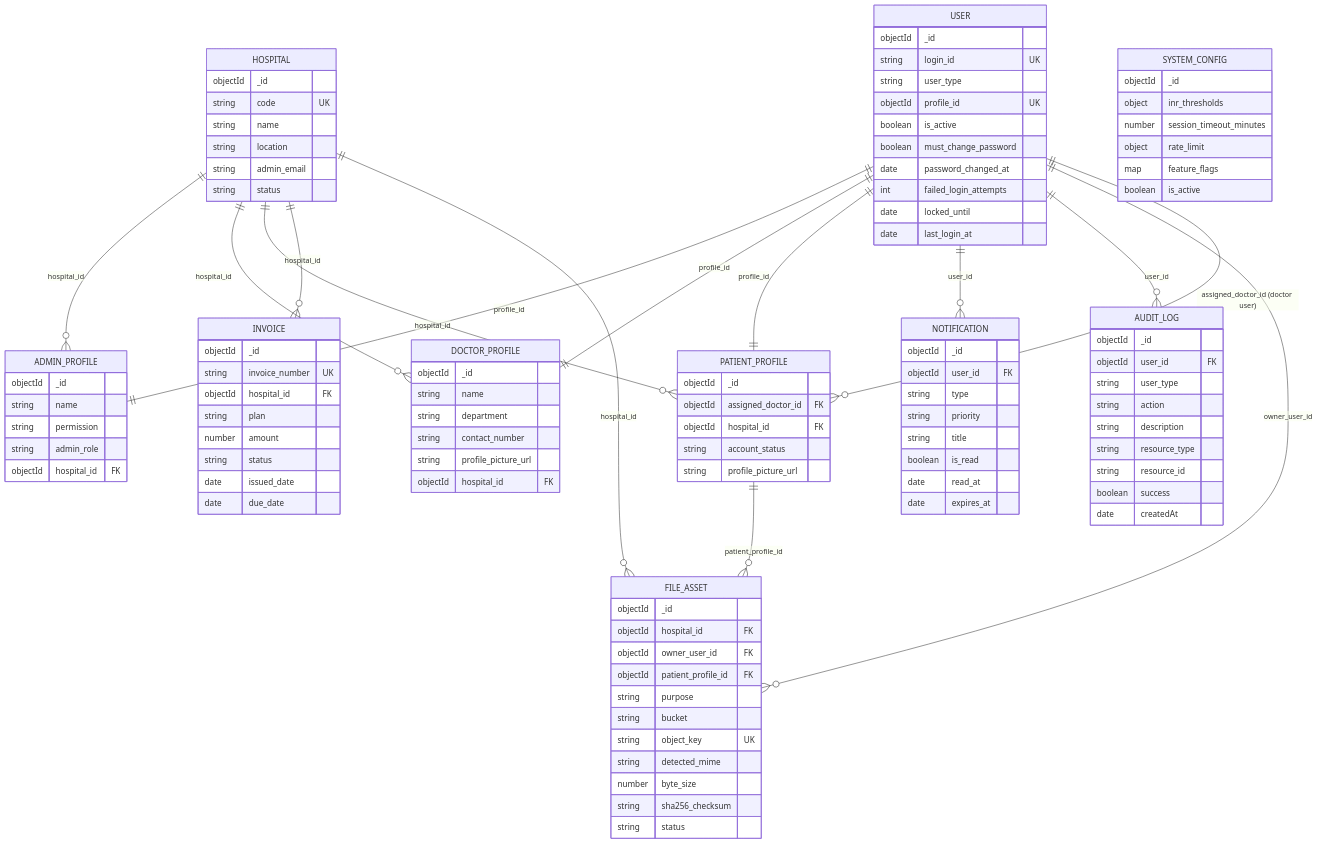
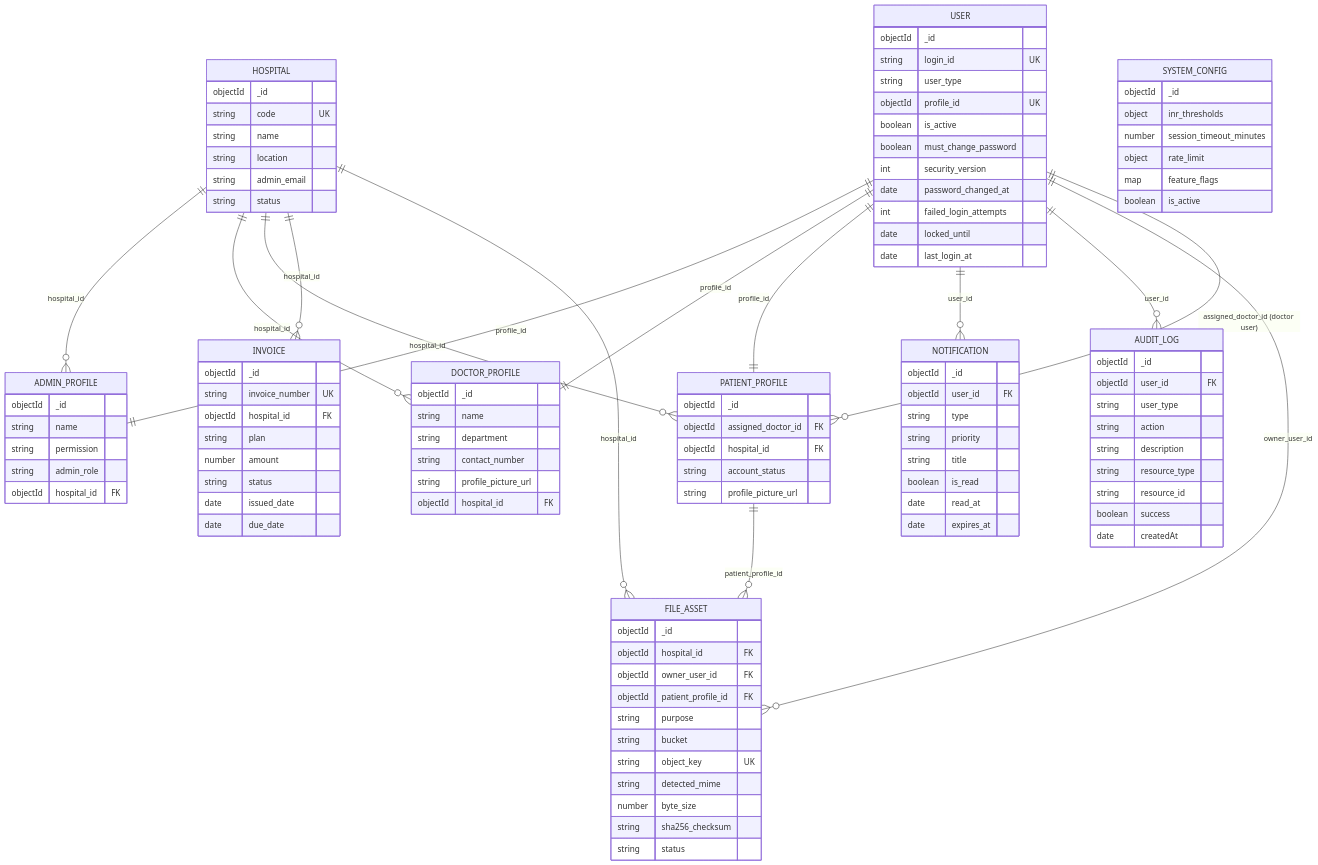
Before and after one commit to SuryaNarayanaa/vitalink_ip_lab: the diagram in backend/docs/data-model.md, drawn with Mermaid. The commit also changed other lines of this file and 71 other files, not shown here.

```diff
--- a/backend/docs/data-model.md
+++ b/backend/docs/data-model.md
@@ -43,6 +43,7 @@
         objectId profile_id UK
         boolean is_active
         boolean must_change_password
+        int security_version
         date password_changed_at
         int failed_login_attempts
         date locked_until
```
